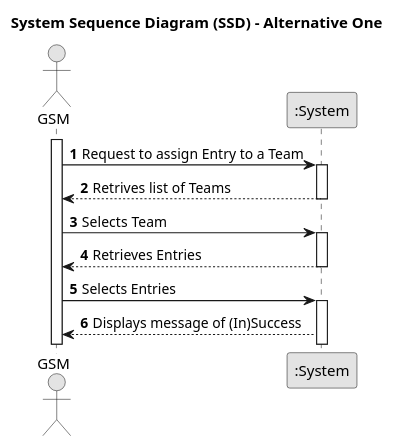
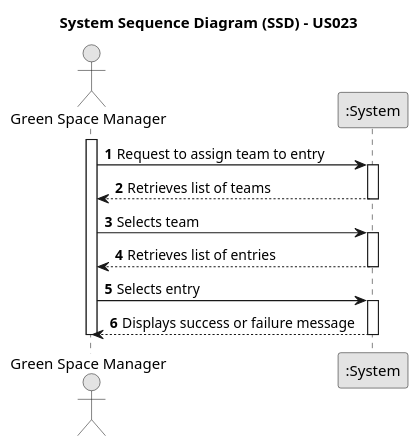
One commit to Departamento-de-Engenharia-Informatica/lei-24-s2-1df-1de-g063 changed the diagram in docs/SprintC/us23/01.requirements-engineering/puml/us023-system-sequence-diagram-alternative-one.puml. Above: the diagram before and after it, drawn with PlantUML. The commit also changed 33 other files, not shown here.

```diff
--- a/docs/SprintC/us23/01.requirements-engineering/puml/us023-system-sequence-diagram-alternative-one.puml
+++ b/docs/SprintC/us23/01.requirements-engineering/puml/us023-system-sequence-diagram-alternative-one.puml
@@ -1,27 +1,27 @@
 @startuml
 skinparam monochrome true
 skinparam packageStyle rectangle
 skinparam shadowing false
 
-title System Sequence Diagram (SSD) - Alternative One
+title System Sequence Diagram (SSD) - US023
 
 autonumber
 
-actor "GSM" as GSM
+actor "Green Space Manager" as GSM
 participant ":System" as System
 
 activate GSM
-    GSM -> System : Request to assign Entry to a Team
+    GSM -> System : Request to assign team to entry
     activate System
-        System --> GSM : Retrives list of Teams
+        System --> GSM : Retrieves list of teams
     deactivate System
-    GSM -> System : Selects Team
+    GSM -> System : Selects team
     activate System
-        System --> GSM: Retrieves Entries
+        System --> GSM: Retrieves list of entries
     deactivate System
-    GSM -> System : Selects Entries
+    GSM -> System : Selects entry
     activate System
-        System --> GSM: Displays message of (In)Success
-
-
+        System --> GSM: Displays success or failure message
+    deactivate System
+deactivate GSM
 @enduml
```
